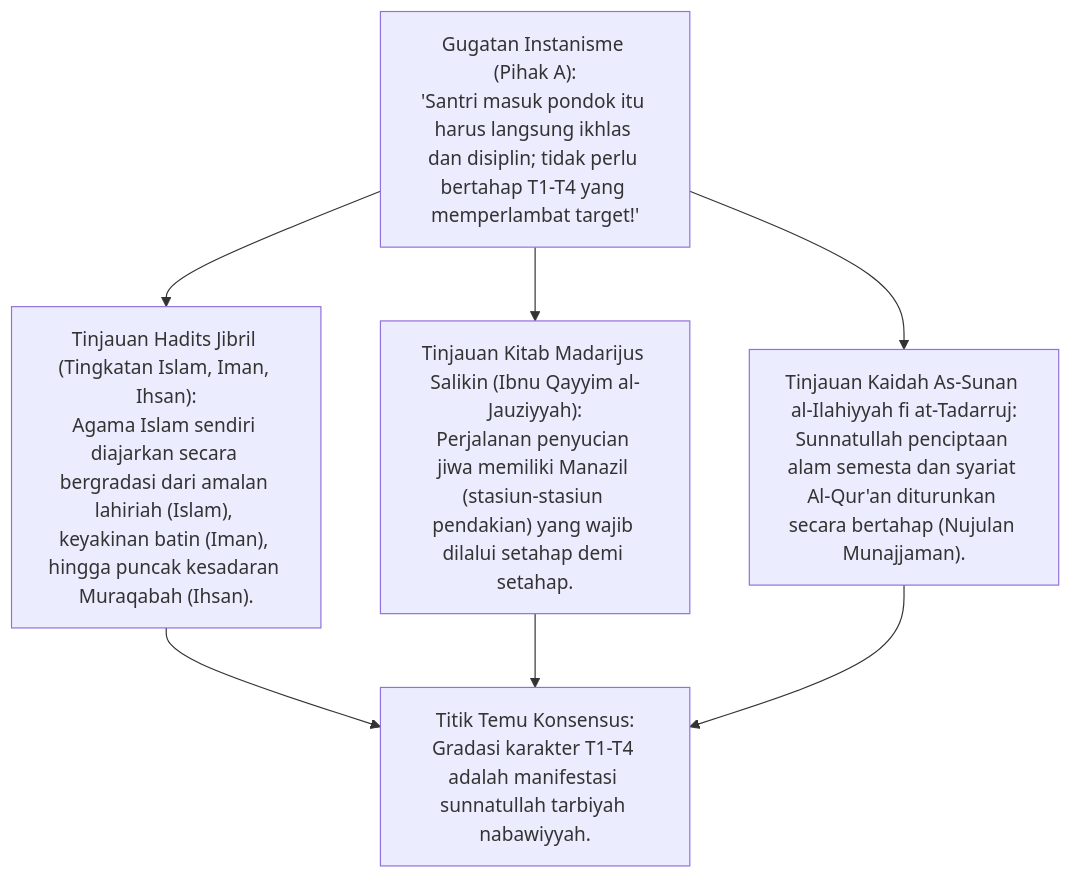
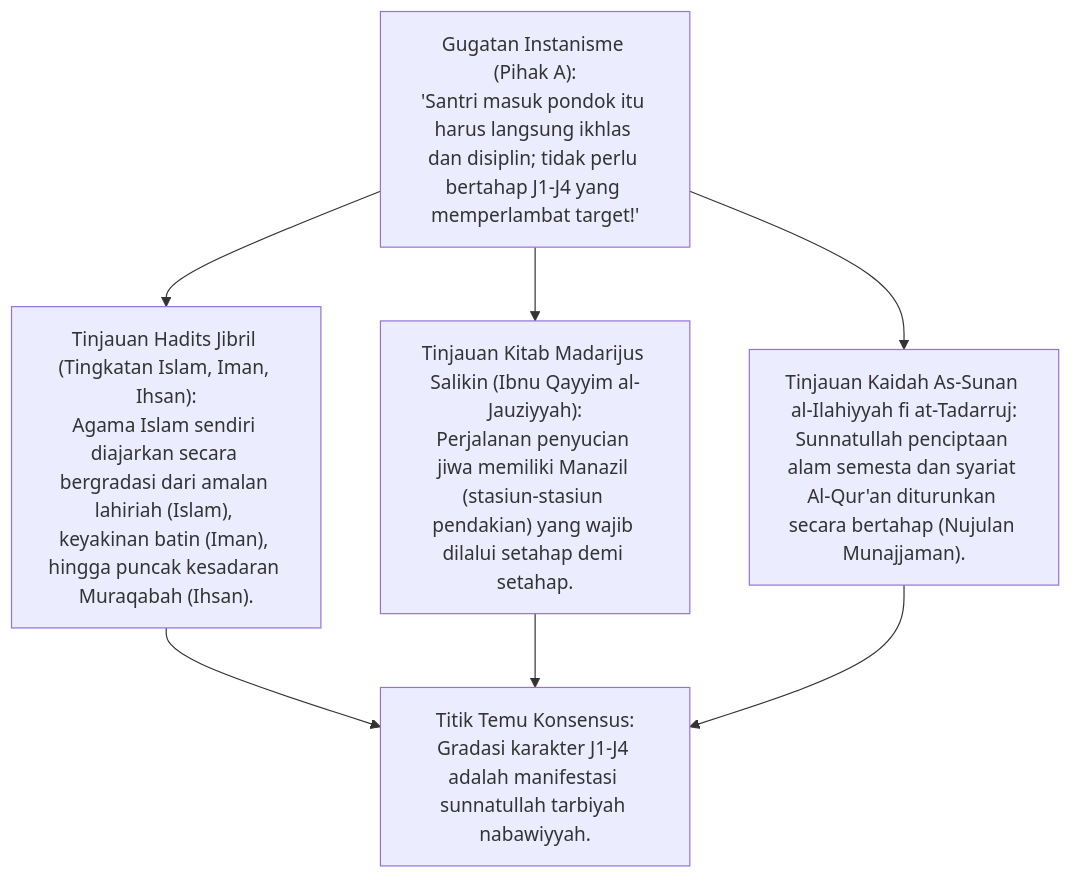
Before and after one commit to wandiapriliyandi/tumbuh: the second of 3 diagrams in 03 Capacity Framework/02 Character Architecture/P3-02-02-Struktur-Gradasi-4-Level-Kompetensi.md, drawn with Mermaid. The commit also changed other lines of this file and 209 other files, not shown here.

````diff
--- a/03 Capacity Framework/02 Character Architecture/P3-02-02-Struktur-Gradasi-4-Level-Kompetensi.md
+++ b/03 Capacity Framework/02 Character Architecture/P3-02-02-Struktur-Gradasi-4-Level-Kompetensi.md
@@ -73,8 +73,8 @@
 ```mermaid
 graph TD
-    A["Gugatan Instanisme (Pihak A):<br/>'Santri masuk pondok itu harus langsung ikhlas dan disiplin; tidak perlu bertahap T1-T4 yang memperlambat target!'"]
+    A["Gugatan Instanisme (Pihak A):<br/>'Santri masuk pondok itu harus langsung ikhlas dan disiplin; tidak perlu bertahap J1-J4 yang memperlambat target!'"]
     --> B1["Tinjauan Hadits Jibril (Tingkatan Islam, Iman, Ihsan):<br/>Agama Islam sendiri diajarkan secara bergradasi dari amalan lahiriah (Islam), keyakinan batin (Iman), hingga puncak kesadaran Muraqabah (Ihsan)."]
     A --> B2["Tinjauan Kitab Madarijus Salikin (Ibnu Qayyim al-Jauziyyah):<br/>Perjalanan penyucian jiwa memiliki Manazil (stasiun-stasiun pendakian) yang wajib dilalui setahap demi setahap."]
     A --> B3["Tinjauan Kaidah As-Sunan al-Ilahiyyah fi at-Tadarruj:<br/>Sunnatullah penciptaan alam semesta dan syariat Al-Qur'an diturunkan secara bertahap (Nujulan Munajjaman)."]
-    B1 & B2 & B3 --> C["Titik Temu Konsensus:<br/>Gradasi karakter T1-T4 adalah manifestasi sunnatullah tarbiyah nabawiyyah."]
+    B1 & B2 & B3 --> C["Titik Temu Konsensus:<br/>Gradasi karakter J1-J4 adalah manifestasi sunnatullah tarbiyah nabawiyyah."]
 ```
````
